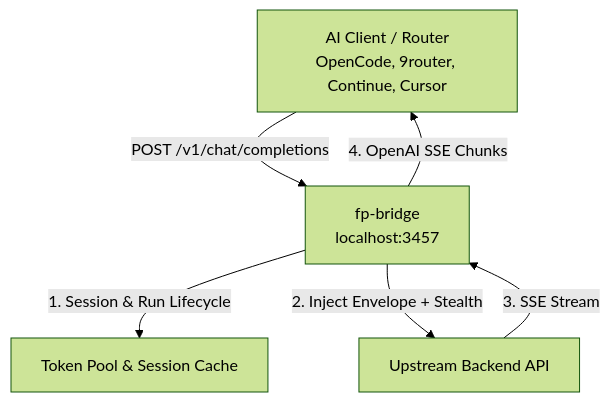
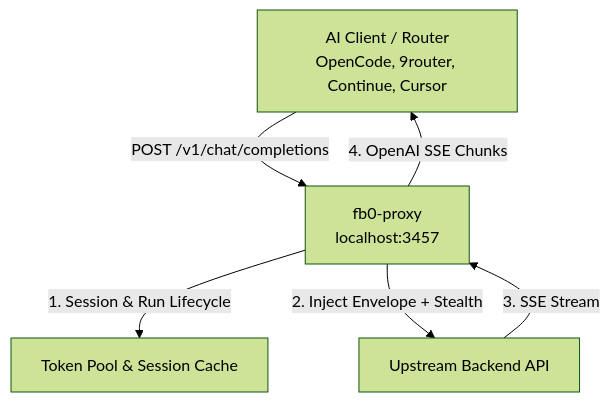
Before and after one commit to arsydoni4326-alt/freebuff-proxy: the diagram in README.md, drawn with Mermaid (forest theme). The commit also changed other lines of this file and 2 other files, not shown here.

Commit message:
docs: adopt alphanumeric mux codename fb0-proxy and fb0 model prefix in README and scripts

````diff
--- a/README.md
+++ b/README.md
@@ -30,8 +30,8 @@
 ```mermaid
 graph TD
-    Client[AI Client / Router<br/>OpenCode, 9router, Continue, Cursor] -->|POST /v1/chat/completions| Proxy[fp-bridge<br/>localhost:3457]
+    Client[AI Client / Router<br/>OpenCode, 9router, Continue, Cursor] -->|POST /v1/chat/completions| Proxy[fb0-proxy<br/>localhost:3457]
     Proxy -->|1. Session & Run Lifecycle| Pool[Token Pool & Session Cache]
     Proxy -->|2. Inject Envelope + Stealth| Upstream[Upstream Backend API]
     Upstream -->|3. SSE Stream| Proxy
     Proxy -->|4. OpenAI SSE Chunks| Client
 ```
````
